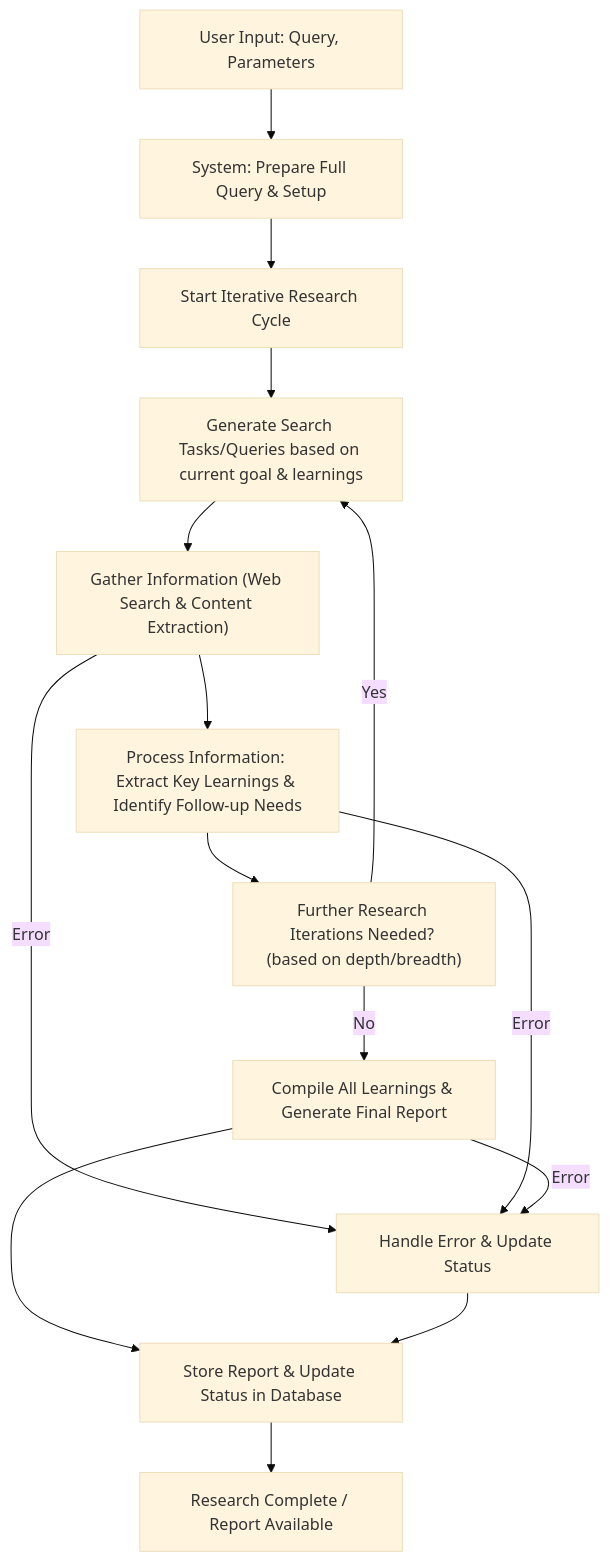
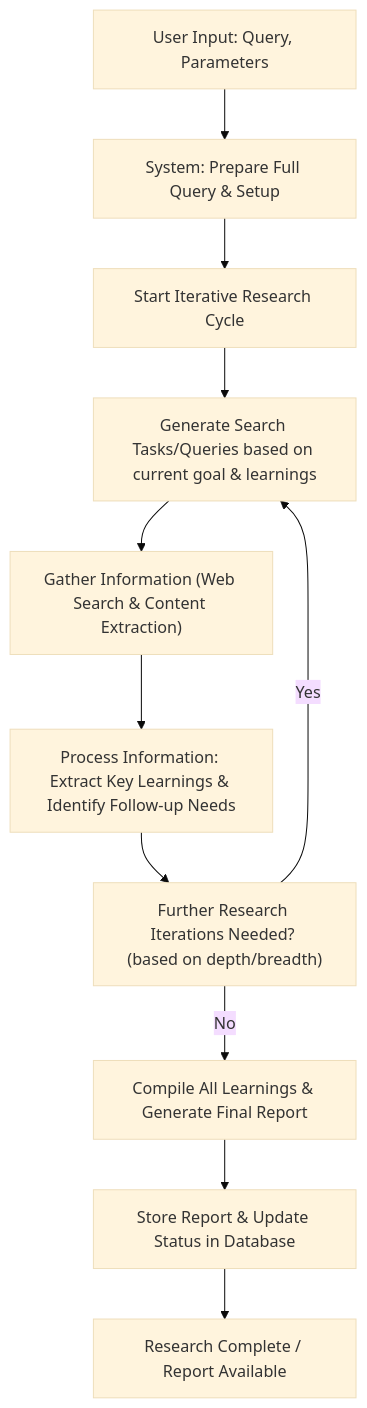
One commit to G4brym/workers-research changed the second of 2 diagrams in README.md. Above: the diagram before and after it, drawn with Mermaid (base theme).

Commit message:
Refactor: Show only success path in Research Workflow Diagram
This commit updates the Research Workflow Diagram in README.md to depict only the success path, as per your request.

Error handling flows, including the 'ERR' node and related edges, have been removed from the Mermaid chart. The diagram now focuses exclusively on the sequence of operations from your input to successful research completion and report storage.

````diff
--- a/README.md
+++ b/README.md
@@ -78,18 +78,13 @@
 ```mermaid
 graph TD
     A["User Input: Query, Parameters"] --> B["System: Prepare Full Query & Setup"];
     B --> C["Start Iterative Research Cycle"];
     C --> C1["Generate Search Tasks/Queries based on current goal & learnings"];
     C1 --> C2["Gather Information (Web Search & Content Extraction)"];
     C2 --> C3["Process Information: Extract Key Learnings & Identify Follow-up Needs"];
     C3 --> C4["Further Research Iterations Needed? (based on depth/breadth)"];
     C4 -- Yes --> C1;
     C4 -- No --> D["Compile All Learnings & Generate Final Report"];
     D --> E["Store Report & Update Status in Database"];
     E --> F["Research Complete / Report Available"];
-
-    C2 -- Error --> ERR["Handle Error & Update Status"];
-    C3 -- Error --> ERR;
-    D -- Error --> ERR;
-    ERR --> E;
 ```
````
